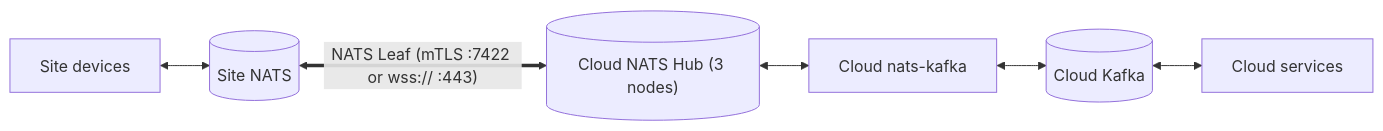
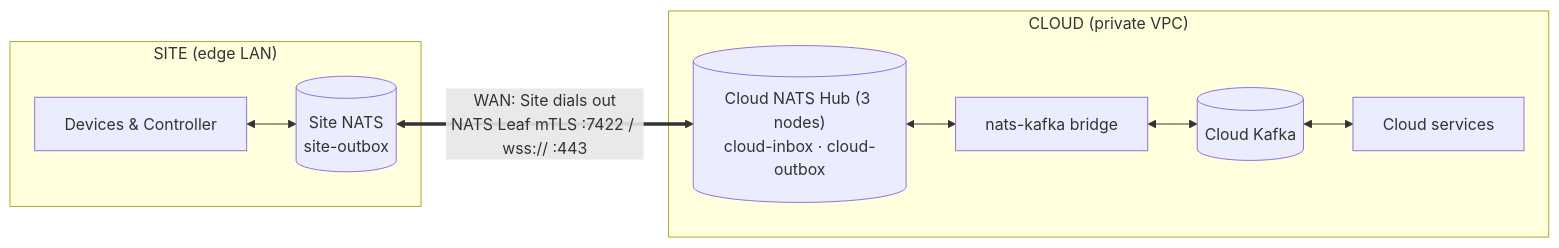
One commit to jinternals/nats-demo changed the first of 3 diagrams in docs/adr/0003-direct-site-to-kafka-vs-cloud-hub.md. Above: the diagram before and after it, drawn with Mermaid. The commit also changed other lines of this file and 10 other files, not shown here.

Commit message:
Add Pattern C (Cloud Bridge -> Site NATS) and unify all Site/WAN/Cloud diagrams

````diff
--- a/docs/adr/0003-direct-site-to-kafka-vs-cloud-hub.md
+++ b/docs/adr/0003-direct-site-to-kafka-vs-cloud-hub.md
@@ -25,6 +24,10 @@
 ```mermaid
 flowchart LR
-  dev["Site devices"] <--> sn[("Site NATS")]
-  sn <== "NATS Leaf (mTLS :7422 or wss:// :443)" ==> hub[("Cloud NATS Hub (3 nodes)")]
-  hub <--> br["Cloud nats-kafka"] <--> kf[("Cloud Kafka")] <--> svc["Cloud services"]
+  subgraph siteA["SITE (edge LAN)"]
+    dA["Devices &amp; Controller"] <--> sA[("Site NATS<br/>site-outbox")]
+  end
+  subgraph cloudA["CLOUD (private VPC)"]
+    hA[("Cloud NATS Hub (3 nodes)<br/>cloud-inbox · cloud-outbox")] <--> bA["nats-kafka bridge"] <--> kA[("Cloud Kafka")] <--> svcA["Cloud services"]
+  end
+  sA <== "WAN: Site dials out<br/>NATS Leaf mTLS :7422 / wss:// :443" ==> hA
 ```
````
